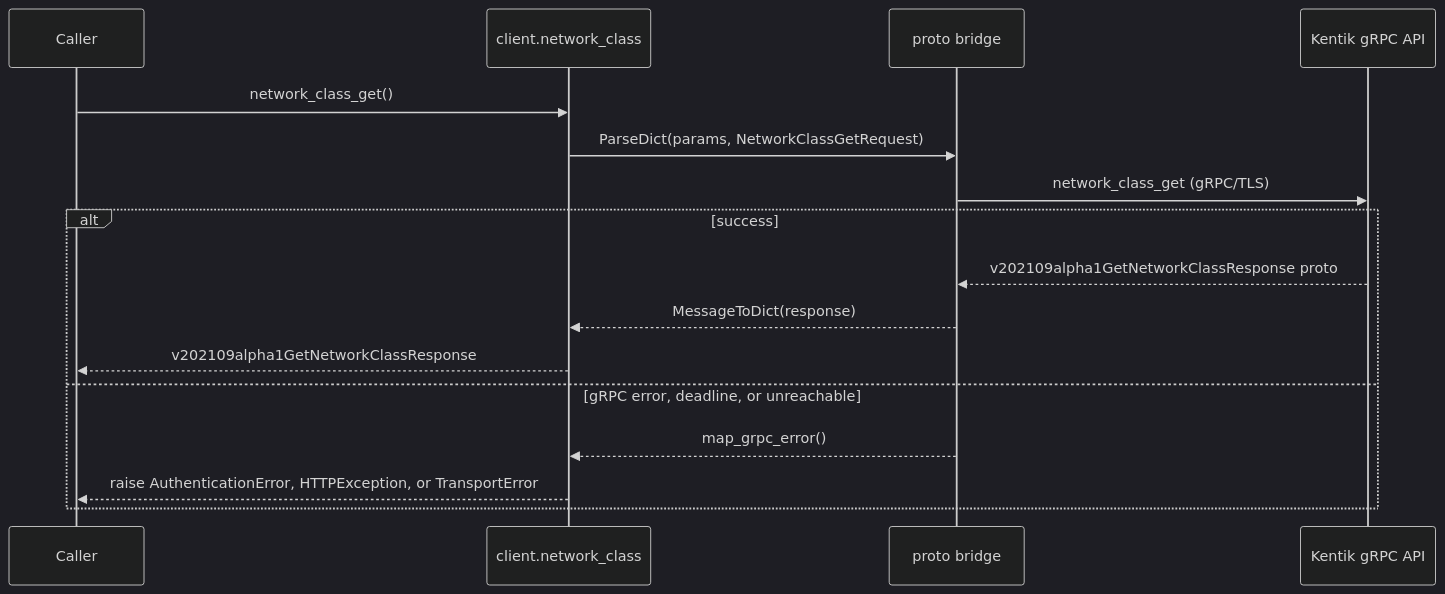
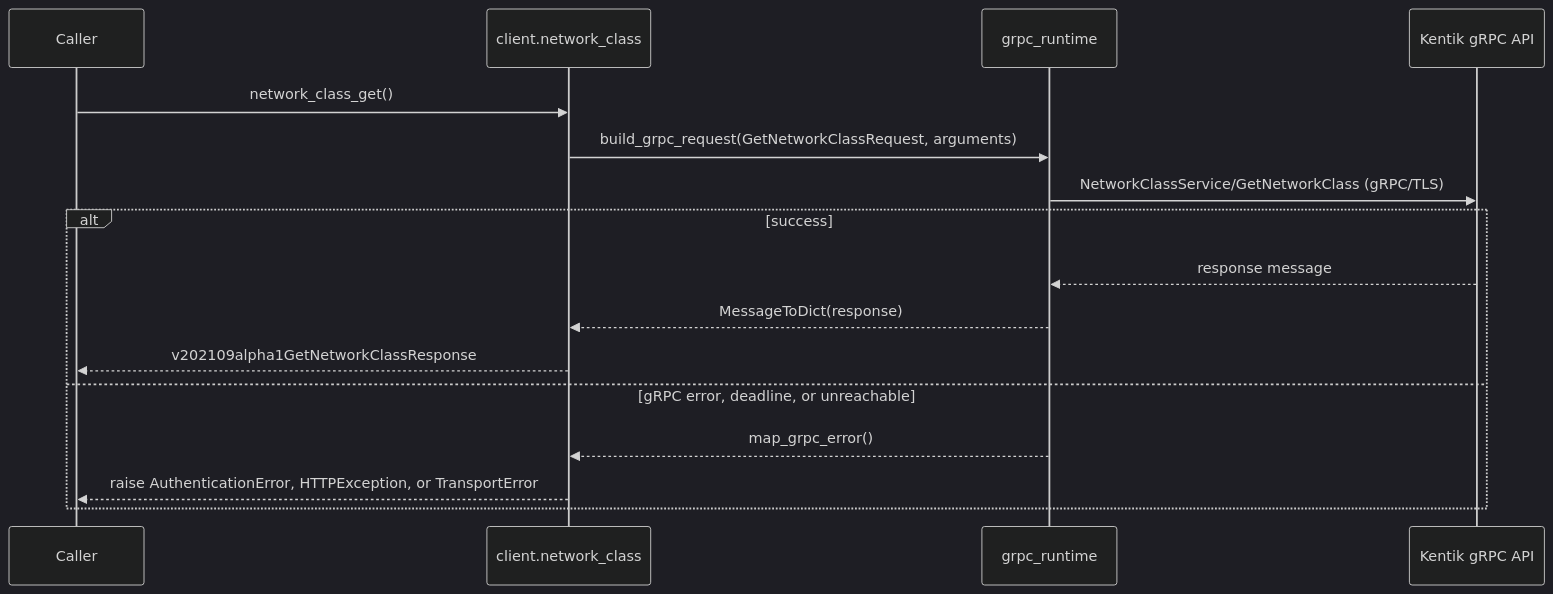
Before and after one commit to alexdearaujo/community_sdk_python: the third of 6 diagrams in docs/sphinx/services/network_class.md, drawn with Mermaid (dark theme). The commit also changed other lines of this file and 37 other files, not shown here.

First line of the commit message:
docs: show the real RPC in each service page's gRPC diagram

````diff
--- a/docs/sphinx/services/network_class.md
+++ b/docs/sphinx/services/network_class.md
@@ -59,19 +59,19 @@
 ```mermaid
 sequenceDiagram
     participant C as Caller
     participant W as client.network_class
-    participant B as proto bridge
+    participant R as grpc_runtime
     participant API as Kentik gRPC API
 
     C->>W: network_class_get()
-    W->>B: ParseDict(params, NetworkClassGetRequest)
-    B->>API: network_class_get (gRPC/TLS)
+    W->>R: build_grpc_request(GetNetworkClassRequest, arguments)
+    R->>API: NetworkClassService/GetNetworkClass (gRPC/TLS)
     alt success
-        API-->>B: v202109alpha1GetNetworkClassResponse proto
-        B-->>W: MessageToDict(response)
+        API-->>R: response message
+        R-->>W: MessageToDict(response)
         W-->>C: v202109alpha1GetNetworkClassResponse
     else gRPC error, deadline, or unreachable
-        B-->>W: map_grpc_error()
+        R-->>W: map_grpc_error()
         W-->>C: raise AuthenticationError, HTTPException, or TransportError
     end
 ```
````
